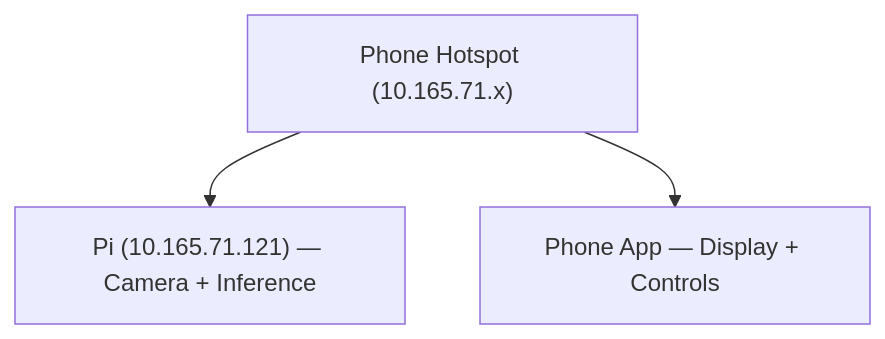
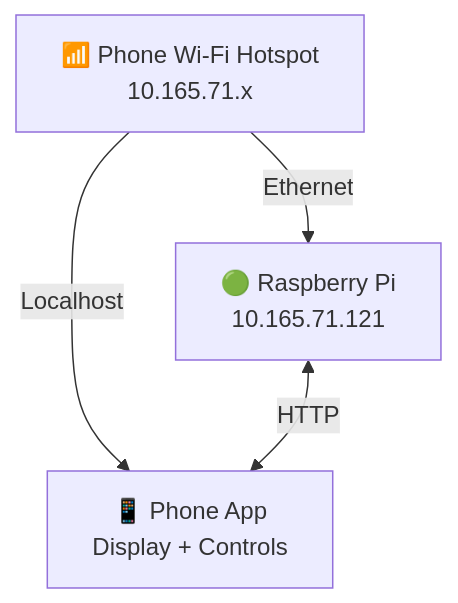
One commit to VigneshJai-Debug/Carapp changed the second of 2 diagrams in README.md. Above: the diagram before and after it, drawn with Mermaid. The commit also changed other lines of this file, not shown here.

````diff
--- a/README.md
+++ b/README.md
@@ -126,5 +123,6 @@
 ```mermaid
-graph TD
-    HOTSPOT["Phone Hotspot (10.165.71.x)"] --> PI["Pi (10.165.71.121) — Camera + Inference"]
-    HOTSPOT --> APP["Phone App — Display + Controls"]
+flowchart TD
+    HOTSPOT["📶 Phone Wi-Fi Hotspot\n10.165.71.x"] -->|Ethernet| PI["🟢 Raspberry Pi\n10.165.71.121"]
+    HOTSPOT -->|Localhost| APP["📱 Phone App\nDisplay + Controls"]
+    PI <-->|HTTP| APP
 ```
````
